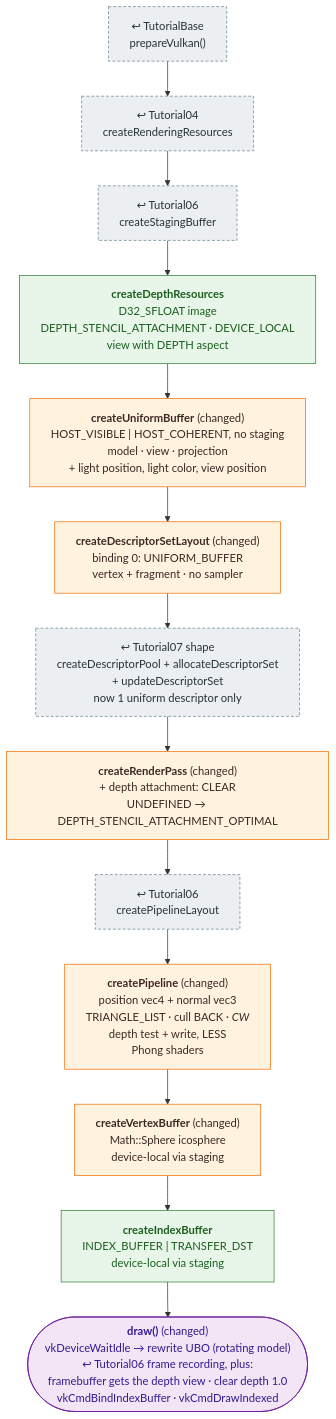
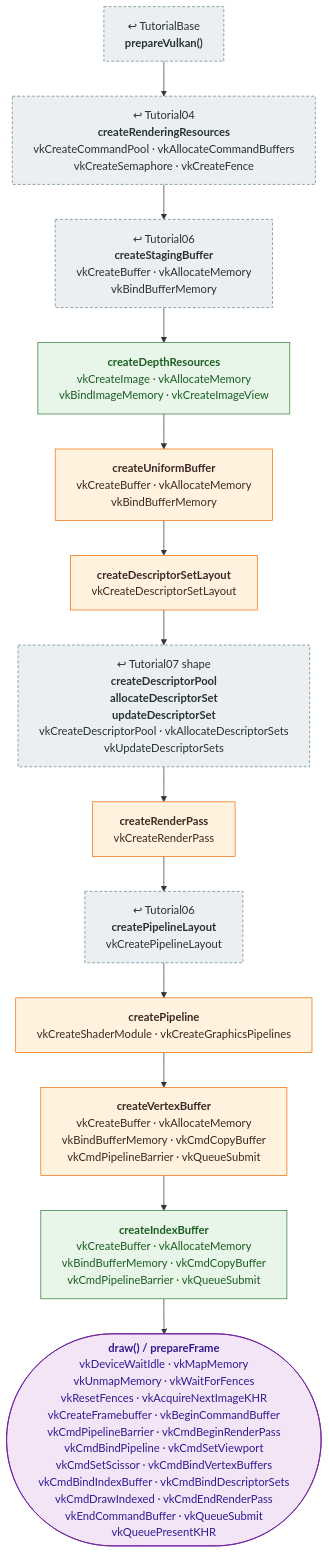
Before and after one commit to mehoggan/vulkan_graphix: the diagram in docs/pipeline/08_phong_sphere.md, drawn with Mermaid. The commit also changed other lines of this file and 24 other files, not shown here.

First line of the commit message:
docs: label pipeline boxes with the Vulkan calls each step makes

````diff
--- a/docs/pipeline/08_phong_sphere.md
+++ b/docs/pipeline/08_phong_sphere.md
@@ -11,24 +11,24 @@
 ```mermaid
 %%{init: {"flowchart": {"wrappingWidth": 400}}}%%
 flowchart TD
     classDef reused fill:#eceff1,stroke:#607d8b,stroke-dasharray:4 3,color:#263238
     classDef changed fill:#fff3e0,stroke:#ef6c00,color:#3e2723
     classDef new fill:#e8f5e9,stroke:#2e7d32,color:#1b5e20
     classDef frame fill:#f3e5f5,stroke:#6a1b9a,color:#311b92
 
-    BASE["↩ TutorialBase<br/>prepareVulkan()"]:::reused
-    RR["↩ Tutorial04<br/>createRenderingResources"]:::reused
-    STG["↩ Tutorial06<br/>createStagingBuffer"]:::reused
-    DEPTH["<b>createDepthResources</b><br/>D32_SFLOAT image<br/>DEPTH_STENCIL_ATTACHMENT · DEVICE_LOCAL<br/>view with DEPTH aspect"]:::new
-    UBO["<b>createUniformBuffer</b> (changed)<br/>HOST_VISIBLE | HOST_COHERENT, no staging<br/>model · view · projection<br/>+ light position, light color, view position"]:::changed
-    DSL["<b>createDescriptorSetLayout</b> (changed)<br/>binding 0: UNIFORM_BUFFER<br/>vertex + fragment · no sampler"]:::changed
-    POOL["↩ Tutorial07 shape<br/>createDescriptorPool + allocateDescriptorSet<br/>+ updateDescriptorSet<br/>now 1 uniform descriptor only"]:::reused
-    RP["<b>createRenderPass</b> (changed)<br/>+ depth attachment: CLEAR<br/>UNDEFINED → DEPTH_STENCIL_ATTACHMENT_OPTIMAL"]:::changed
-    PLL["↩ Tutorial06<br/>createPipelineLayout"]:::reused
-    PIPE["<b>createPipeline</b> (changed)<br/>position vec4 + normal vec3<br/>TRIANGLE_LIST · cull BACK · <i>CW</i><br/>depth test + write, LESS<br/>Phong shaders"]:::changed
-    VB["<b>createVertexBuffer</b> (changed)<br/>Math::Sphere icosphere<br/>device-local via staging"]:::changed
-    IB["<b>createIndexBuffer</b><br/>INDEX_BUFFER | TRANSFER_DST<br/>device-local via staging"]:::new
-    DRAW(["<b>draw()</b> (changed)<br/>vkDeviceWaitIdle → rewrite UBO (rotating model)<br/>↩ Tutorial06 frame recording, plus:<br/>framebuffer gets the depth view · clear depth 1.0<br/>vkCmdBindIndexBuffer · vkCmdDrawIndexed"]):::frame
+    BASE["↩ TutorialBase<br/><b>prepareVulkan()</b>"]:::reused
+    RR["↩ Tutorial04<br/><b>createRenderingResources</b><br/>vkCreateCommandPool  ·  vkAllocateCommandBuffers<br/>vkCreateSemaphore  ·  vkCreateFence"]:::reused
+    STG["↩ Tutorial06<br/><b>createStagingBuffer</b><br/>vkCreateBuffer  ·  vkAllocateMemory<br/>vkBindBufferMemory"]:::reused
+    DEPTH["<b>createDepthResources</b><br/>vkCreateImage  ·  vkAllocateMemory<br/>vkBindImageMemory  ·  vkCreateImageView"]:::new
+    UBO["<b>createUniformBuffer</b><br/>vkCreateBuffer  ·  vkAllocateMemory<br/>vkBindBufferMemory"]:::changed
+    DSL["<b>createDescriptorSetLayout</b><br/>vkCreateDescriptorSetLayout"]:::changed
+    POOL["↩ Tutorial07 shape<br/><b>createDescriptorPool</b><br/><b>allocateDescriptorSet</b><br/><b>updateDescriptorSet</b><br/>vkCreateDescriptorPool  ·  vkAllocateDescriptorSets<br/>vkUpdateDescriptorSets"]:::reused
+    RP["<b>createRenderPass</b><br/>vkCreateRenderPass"]:::changed
+    PLL["↩ Tutorial06<br/><b>createPipelineLayout</b><br/>vkCreatePipelineLayout"]:::reused
+    PIPE["<b>createPipeline</b><br/>vkCreateShaderModule  ·  vkCreateGraphicsPipelines"]:::changed
+    VB["<b>createVertexBuffer</b><br/>vkCreateBuffer  ·  vkAllocateMemory<br/>vkBindBufferMemory  ·  vkCmdCopyBuffer<br/>vkCmdPipelineBarrier  ·  vkQueueSubmit"]:::changed
+    IB["<b>createIndexBuffer</b><br/>vkCreateBuffer  ·  vkAllocateMemory<br/>vkBindBufferMemory  ·  vkCmdCopyBuffer<br/>vkCmdPipelineBarrier  ·  vkQueueSubmit"]:::new
+    DRAW(["<b>draw() / prepareFrame</b><br/>vkDeviceWaitIdle  ·  vkMapMemory<br/>vkUnmapMemory  ·  vkWaitForFences<br/>vkResetFences  ·  vkAcquireNextImageKHR<br/>vkCreateFramebuffer  ·  vkBeginCommandBuffer<br/>vkCmdPipelineBarrier  ·  vkCmdBeginRenderPass<br/>vkCmdBindPipeline  ·  vkCmdSetViewport<br/>vkCmdSetScissor  ·  vkCmdBindVertexBuffers<br/>vkCmdBindIndexBuffer  ·  vkCmdBindDescriptorSets<br/>vkCmdDrawIndexed  ·  vkCmdEndRenderPass<br/>vkEndCommandBuffer  ·  vkQueueSubmit<br/>vkQueuePresentKHR"]):::frame
 
     BASE --> RR --> STG --> DEPTH --> UBO --> DSL --> POOL --> RP --> PLL --> PIPE --> VB --> IB --> DRAW
 ```
````
